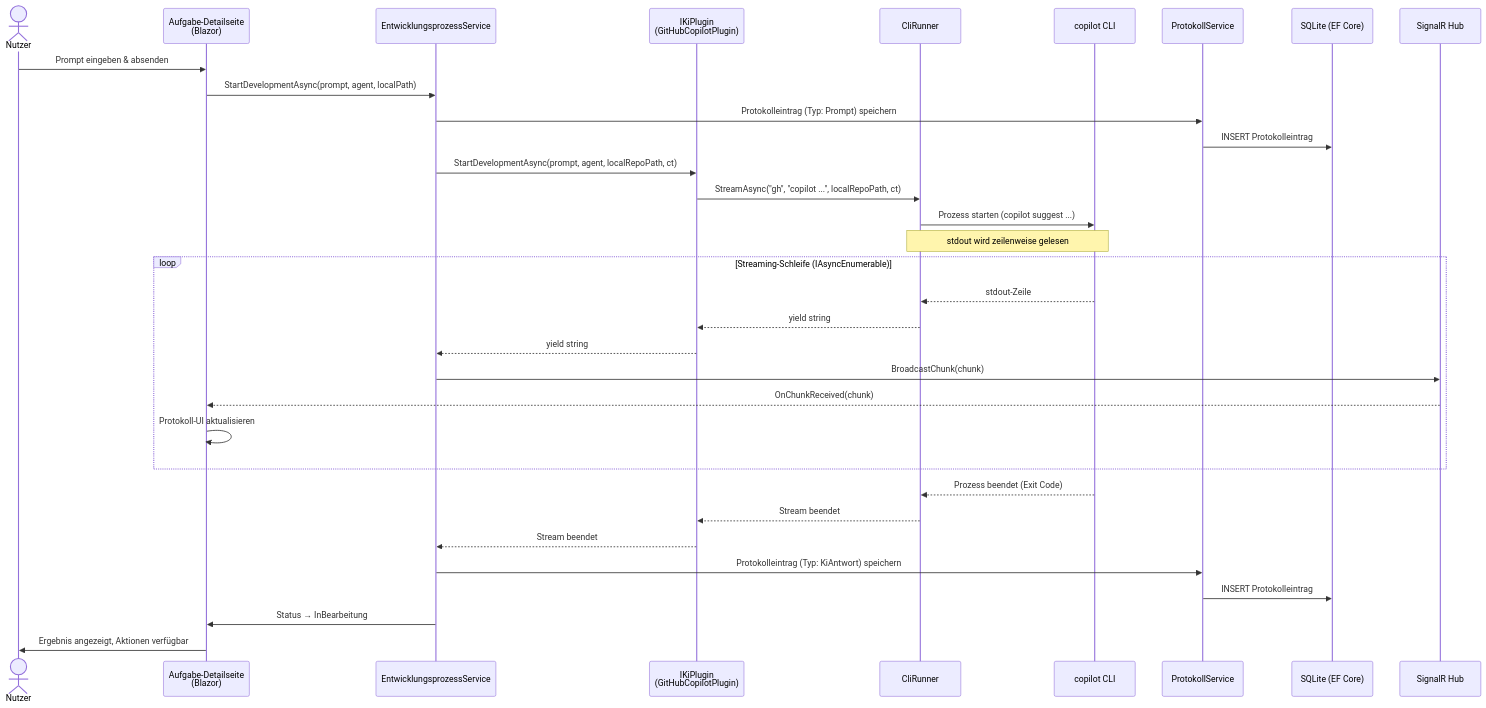
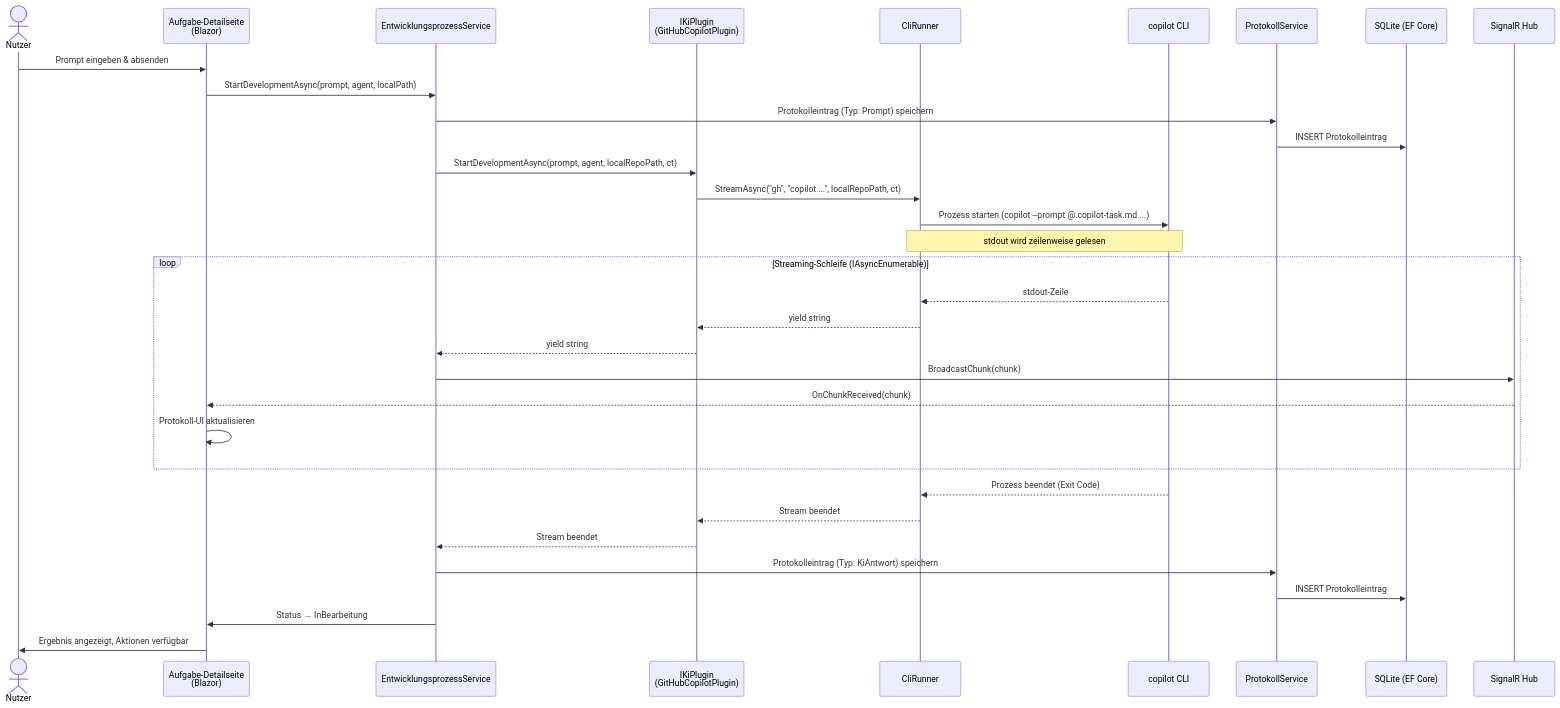
The sixth of 8 diagrams in docs/architecture/architecture-blueprint.md (martin-stromberg/Softwareschmiede), drawn with Mermaid before and after one commit. The commit also changed 41 other files, not shown here.

````diff
--- a/docs/architecture/architecture-blueprint.md
+++ b/docs/architecture/architecture-blueprint.md
@@ -408,36 +408,36 @@
 ```mermaid
 sequenceDiagram
     actor Nutzer
     participant AufgabeDetail as Aufgabe-Detailseite<br/>(Blazor)
     participant KiService as EntwicklungsprozessService
     participant KiPlugin as IKiPlugin<br/>(GitHubCopilotPlugin)
     participant CliRunner as CliRunner
     participant GhCopilot as copilot CLI
     participant ProtokollService as ProtokollService
     participant DB as SQLite (EF Core)
     participant SignalR as SignalR Hub
 
     Nutzer->>AufgabeDetail: Prompt eingeben & absenden
     AufgabeDetail->>KiService: StartDevelopmentAsync(prompt, agent, localPath)
     KiService->>ProtokollService: Protokolleintrag (Typ: Prompt) speichern
     ProtokollService->>DB: INSERT Protokolleintrag
     KiService->>KiPlugin: StartDevelopmentAsync(prompt, agent, localRepoPath, ct)
     KiPlugin->>CliRunner: StreamAsync("gh", "copilot ...", localRepoPath, ct)
-    CliRunner->>GhCopilot: Prozess starten (copilot suggest ...)
+    CliRunner->>GhCopilot: Prozess starten (copilot --prompt @.copilot-task.md ...)
     Note over CliRunner,GhCopilot: stdout wird zeilenweise gelesen
     loop Streaming-Schleife (IAsyncEnumerable)
         GhCopilot-->>CliRunner: stdout-Zeile
         CliRunner-->>KiPlugin: yield string
         KiPlugin-->>KiService: yield string
         KiService->>SignalR: BroadcastChunk(chunk)
         SignalR-->>AufgabeDetail: OnChunkReceived(chunk)
         AufgabeDetail->>AufgabeDetail: Protokoll-UI aktualisieren
     end
     GhCopilot-->>CliRunner: Prozess beendet (Exit Code)
     CliRunner-->>KiPlugin: Stream beendet
     KiPlugin-->>KiService: Stream beendet
     KiService->>ProtokollService: Protokolleintrag (Typ: KiAntwort) speichern
     ProtokollService->>DB: INSERT Protokolleintrag
     KiService->>AufgabeDetail: Status → InBearbeitung
     AufgabeDetail->>Nutzer: Ergebnis angezeigt, Aktionen verfügbar
 ```
````
